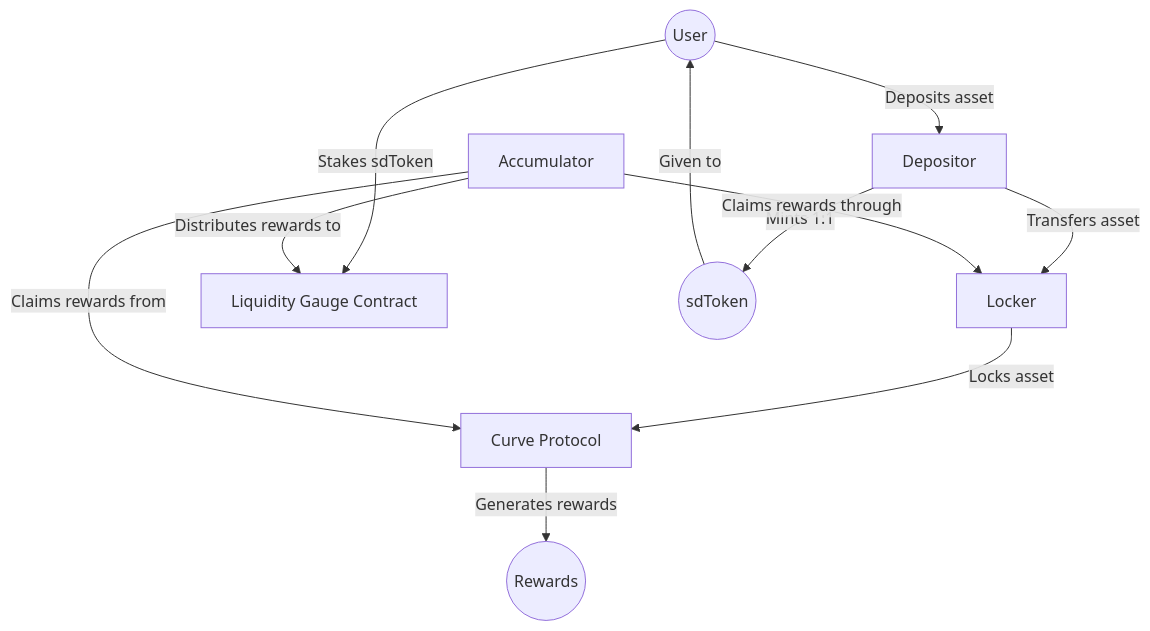
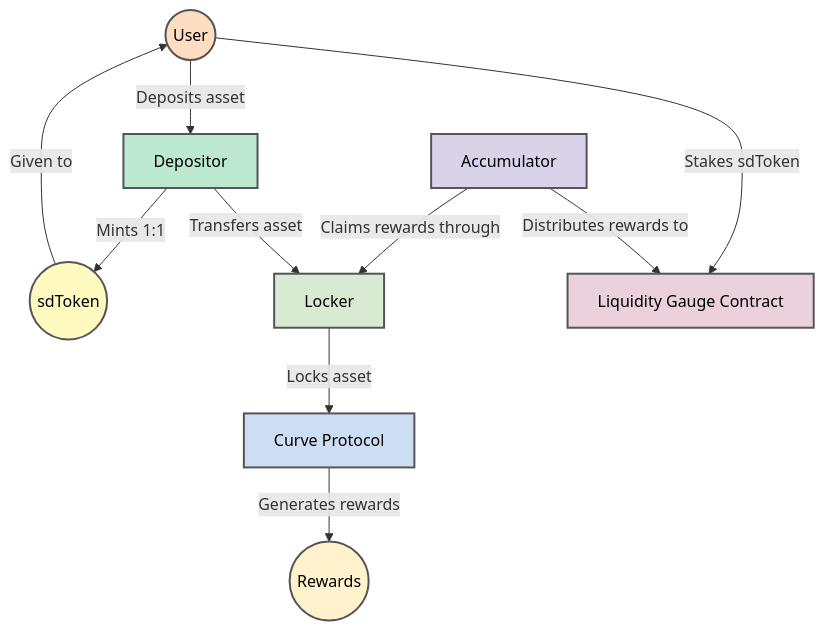
One commit to stake-dao/locker-scope-sample changed the diagram in README.md. Above: the diagram before and after it, drawn with Mermaid.

Commit message:
feat: small description

````diff
--- a/README.md
+++ b/README.md
@@ -2,20 +2,39 @@
 ```mermaid
 flowchart TD
-    User((User))
-    Depositor[Depositor]
-    Locker[Locker]
-    Curve[Curve Protocol]
-    LiquidityGauge[Liquidity Gauge Contract]
-    Accumulator[Accumulator]
+
+    %% --- Nodes with Colors ---
+    classDef userStyle fill:#FFDDC1, stroke:#FF6700, color:#000;
+    classDef depositorStyle fill:#BBE8CF, stroke:#21A179, color:#000;
+    classDef sdTokenStyle fill:#FFFABF, stroke:#FFC107, color:#000;
+    classDef lockerStyle fill:#D9EAD3, stroke:#6AA84F, color:#000;
+    classDef curveStyle fill:#CEDEF2, stroke:#3C78B5, color:#000;
+    classDef gaugeStyle fill:#EAD1DC, stroke:#CC0000, color:#000;
+    classDef accumulatorStyle fill:#D9D2E9, stroke:#6B24A0, color:#000;
+    classDef rewardsStyle fill:#FFF2CC, stroke:#E69138, color:#000;
+
+    User((User)):::userStyle
+    Depositor[Depositor]:::depositorStyle
+    sdToken((sdToken)):::sdTokenStyle
+    Locker[Locker]:::lockerStyle
+    Curve[Curve Protocol]:::curveStyle
+    LiquidityGauge[Liquidity Gauge Contract]:::gaugeStyle
+    Accumulator[Accumulator]:::accumulatorStyle
+    Rewards((Rewards)):::rewardsStyle
+
+    %% --- Edges with Styles ---
+    classDef defaultEdge stroke-width:2px, stroke:#555;
 
     User -->|Deposits asset| Depositor
-    Depositor -->|Mints 1:1| sdToken((sdToken))
+    Depositor -->|Mints 1:1| sdToken
     sdToken -->|Given to| User
+    Accumulator -->|Claims rewards through| Locker
     Depositor -->|Transfers asset| Locker
     Locker -->|Locks asset| Curve
     User -->|Stakes sdToken| LiquidityGauge
-    Curve -->|Generates rewards| Rewards((Rewards))
-    Accumulator -->|Claims rewards through| Locker
-    Accumulator -->|Claims rewards from| Curve
+    Curve -->|Generates rewards| Rewards
     Accumulator -->|Distributes rewards to| LiquidityGauge
+
+    %% --- Edges Class ---
+    class User,Depositor,sdToken,Locker,Curve,LiquidityGauge,Accumulator,Rewards defaultEdge;
+
 ```
````
